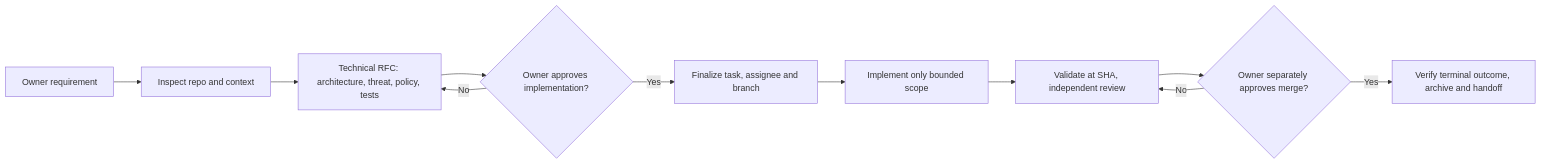
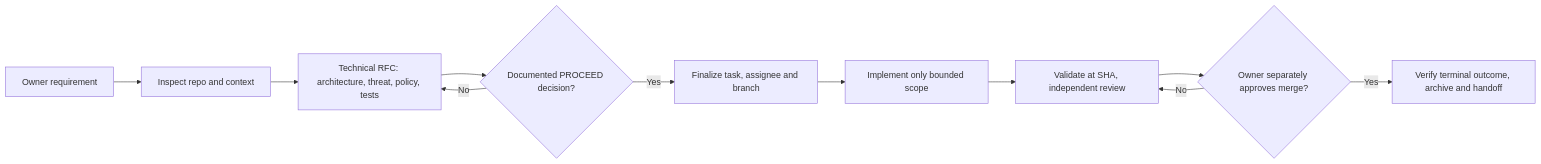
The diagram in .ai/core/workflow-rules.md (im-tnyx/Tio-Money), drawn with Mermaid before and after one commit. The commit also changed other lines of this file and 6 other files, not shown here.

Commit message:
docs: make implementation signoff optional and owner merge approval mandatory

````diff
--- a/.ai/core/workflow-rules.md
+++ b/.ai/core/workflow-rules.md
@@ -5,13 +5,13 @@
 ```mermaid
 flowchart LR
   A["Owner requirement"] --> B["Inspect repo and context"]
   B --> C["Technical RFC: architecture, threat, policy, tests"]
-  C --> D{"Owner approves implementation?"}
+  C --> D{"Documented PROCEED decision?"}
   D -->|No| C
   D -->|Yes| E["Finalize task, assignee and branch"]
   E --> F["Implement only bounded scope"]
   F --> G["Validate at SHA, independent review"]
   G --> H{"Owner separately approves merge?"}
   H -->|No| G
   H -->|Yes| I["Verify terminal outcome, archive and handoff"]
 ```
````
